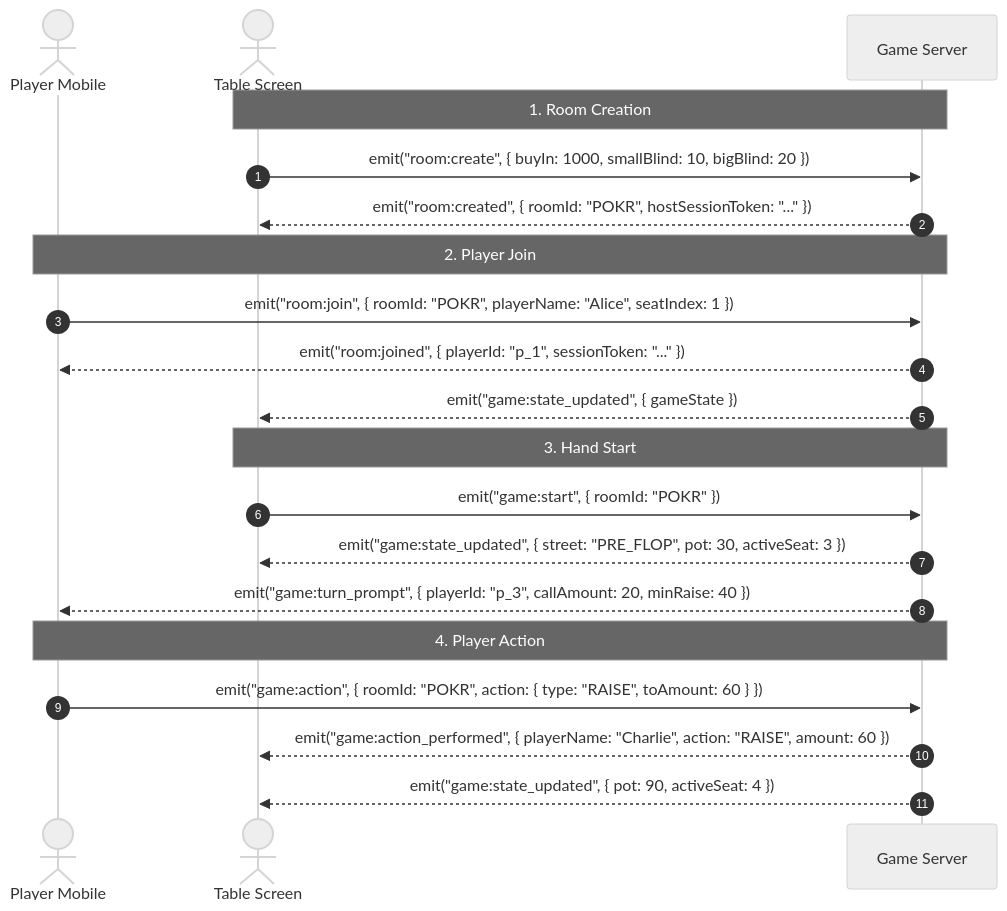
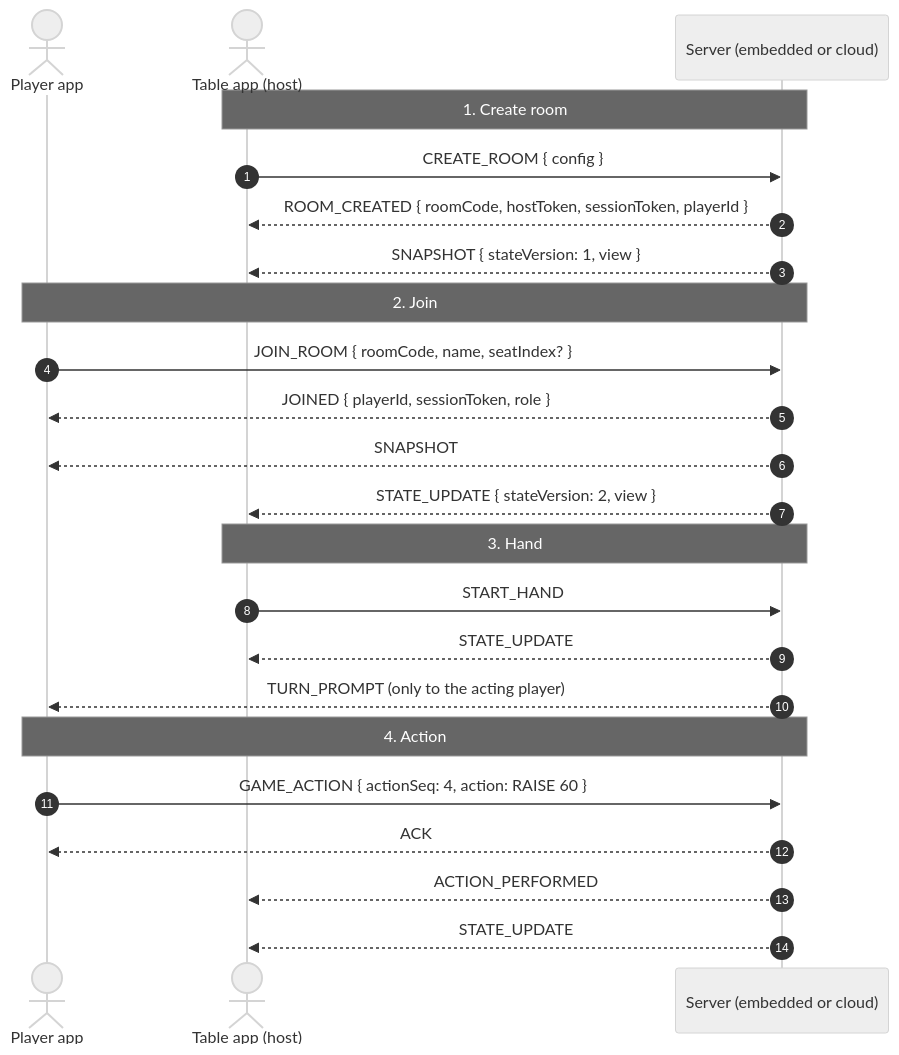
Before and after one commit to DimathJayasinghe/poker-credits: the diagram in docs/API_AND_EVENTS.md, drawn with Mermaid (neutral theme). The commit also changed other lines of this file and 12 other files, not shown here.

````diff
--- a/docs/API_AND_EVENTS.md
+++ b/docs/API_AND_EVENTS.md
@@ -15,26 +57,29 @@
 ```mermaid
 sequenceDiagram
     autonumber
-    actor Player as Player Mobile
-    actor Table as Table Screen
-    participant Server as Game Server
+    actor Player as Player app
+    actor Table as Table app (host)
+    participant Server as Server (embedded or cloud)
 
-    Note over Table,Server: 1. Room Creation
-    Table->>Server: emit("room:create", { buyIn: 1000, smallBlind: 10, bigBlind: 20 })
-    Server-->>Table: emit("room:created", { roomId: "POKR", hostSessionToken: "..." })
+    Note over Table,Server: 1. Create room
+    Table->>Server: CREATE_ROOM { config }
+    Server-->>Table: ROOM_CREATED { roomCode, hostToken, sessionToken, playerId }
+    Server-->>Table: SNAPSHOT { stateVersion: 1, view }
 
-    Note over Player,Server: 2. Player Join
-    Player->>Server: emit("room:join", { roomId: "POKR", playerName: "Alice", seatIndex: 1 })
-    Server-->>Player: emit("room:joined", { playerId: "p_1", sessionToken: "..." })
-    Server-->>Table: emit("game:state_updated", { gameState })
+    Note over Player,Server: 2. Join
+    Player->>Server: JOIN_ROOM { roomCode, name, seatIndex? }
+    Server-->>Player: JOINED { playerId, sessionToken, role }
+    Server-->>Player: SNAPSHOT
+    Server-->>Table: STATE_UPDATE { stateVersion: 2, view }
 
-    Note over Table,Server: 3. Hand Start
-    Table->>Server: emit("game:start", { roomId: "POKR" })
-    Server-->>Table: emit("game:state_updated", { street: "PRE_FLOP", pot: 30, activeSeat: 3 })
-    Server-->>Player: emit("game:turn_prompt", { playerId: "p_3", callAmount: 20, minRaise: 40 })
+    Note over Table,Server: 3. Hand
+    Table->>Server: START_HAND
+    Server-->>Table: STATE_UPDATE
+    Server-->>Player: TURN_PROMPT (only to the acting player)
 
-    Note over Player,Server: 4. Player Action
-    Player->>Server: emit("game:action", { roomId: "POKR", action: { type: "RAISE", toAmount: 60 } })
-    Server-->>Table: emit("game:action_performed", { playerName: "Charlie", action: "RAISE", amount: 60 })
-    Server-->>Table: emit("game:state_updated", { pot: 90, activeSeat: 4 })
+    Note over Player,Server: 4. Action
+    Player->>Server: GAME_ACTION { actionSeq: 4, action: RAISE 60 }
+    Server-->>Player: ACK
+    Server-->>Table: ACTION_PERFORMED
+    Server-->>Table: STATE_UPDATE
 ```
````
